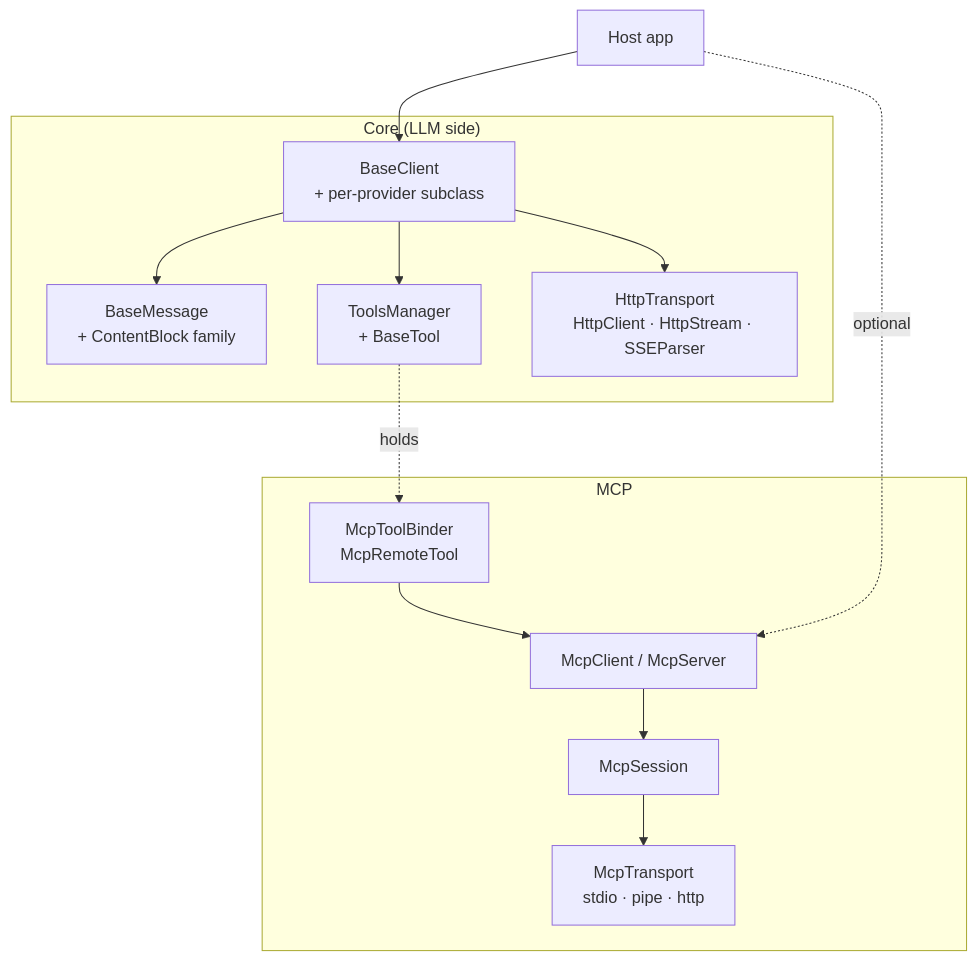
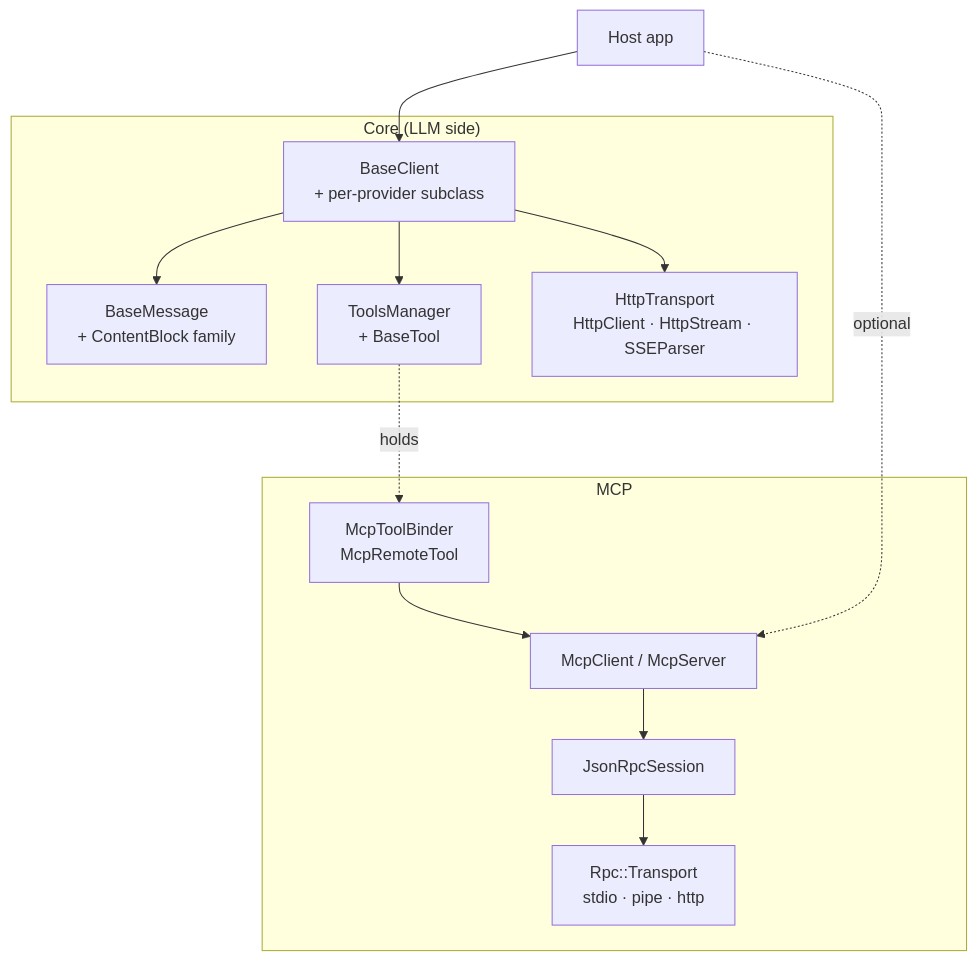
The diagram in docs/architecture.md (Palm1r/llmcore), drawn with Mermaid before and after one commit. The commit also changed other lines of this file and 64 other files, not shown here.

First line of the commit message:
refactor: cycle to mcp/rpc/acp (#28)

````diff
--- a/docs/architecture.md
+++ b/docs/architecture.md
@@ -15,26 +15,26 @@
 ```mermaid
 flowchart TD
     APP["Host app"]
     subgraph Core["Core (LLM side)"]
         BC["BaseClient<br/>+ per-provider subclass"]
         BM["BaseMessage<br/>+ ContentBlock family"]
         TM["ToolsManager<br/>+ BaseTool"]
         NET["HttpTransport<br/>HttpClient · HttpStream · SSEParser"]
     end
     subgraph Mcp["MCP"]
         MC["McpClient / McpServer"]
-        MS["McpSession"]
-        MT["McpTransport<br/>stdio · pipe · http"]
+        MS["JsonRpcSession"]
+        MT["Rpc::Transport<br/>stdio · pipe · http"]
         MTB["McpToolBinder<br/>McpRemoteTool"]
     end
 
     APP --> BC
     BC --> BM
     BC --> TM
     BC --> NET
     TM -.holds.-> MTB
     MTB --> MC
     MC --> MS
     MS --> MT
     APP -.optional.-> MC
 ```
````
